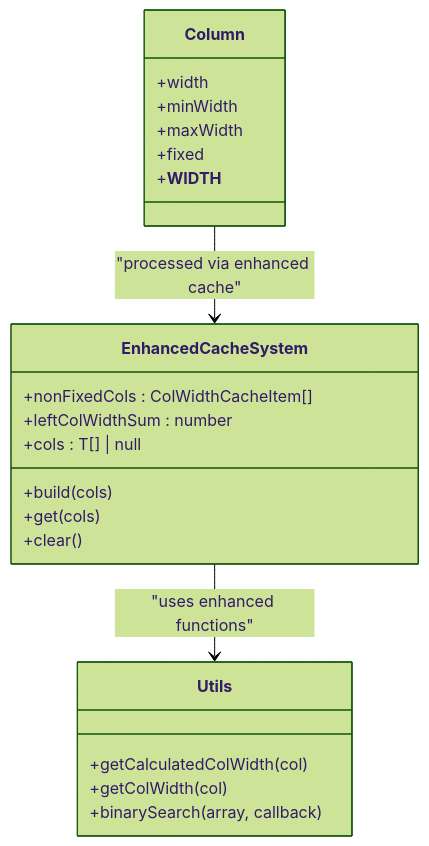
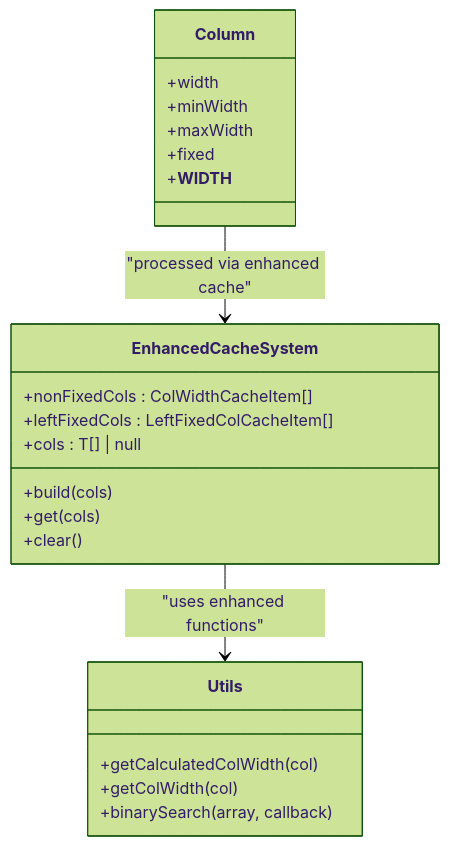
Before and after one commit to ja-plus/stk-table-vue: the ninth of 12 diagrams in .qoder/repowiki/en/content/Advanced Features/Virtual Scrolling/Horizontal Virtual Scrolling.md, drawn with Mermaid (forest theme). The commit also changed other lines of this file and 6 other files, not shown here.

````diff
--- a/.qoder/repowiki/en/content/Advanced Features/Virtual Scrolling/Horizontal Virtual Scrolling.md
+++ b/.qoder/repowiki/en/content/Advanced Features/Virtual Scrolling/Horizontal Virtual Scrolling.md
@@ -336,25 +338,25 @@
 ```mermaid
 classDiagram
 class Column {
 +width
 +minWidth
 +maxWidth
 +fixed
 +__WIDTH__
 }
 class EnhancedCacheSystem {
 +nonFixedCols : ColWidthCacheItem[]
-+leftColWidthSum : number
++leftFixedCols : LeftFixedColCacheItem[]
 +cols : T[] | null
 +build(cols)
 +get(cols)
 +clear()
 }
 class Utils {
 +getCalculatedColWidth(col)
 +getColWidth(col)
 +binarySearch(array, callback)
 }
 Column --> EnhancedCacheSystem : "processed via enhanced cache"
 EnhancedCacheSystem --> Utils : "uses enhanced functions"
 ```
````
